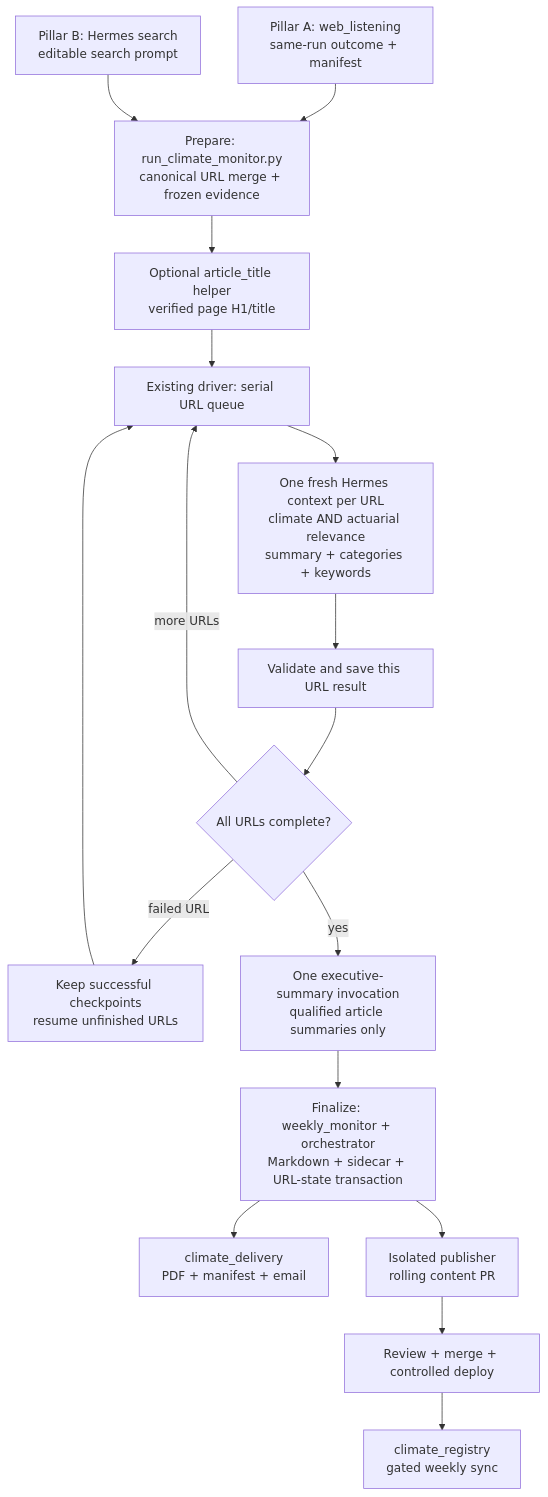
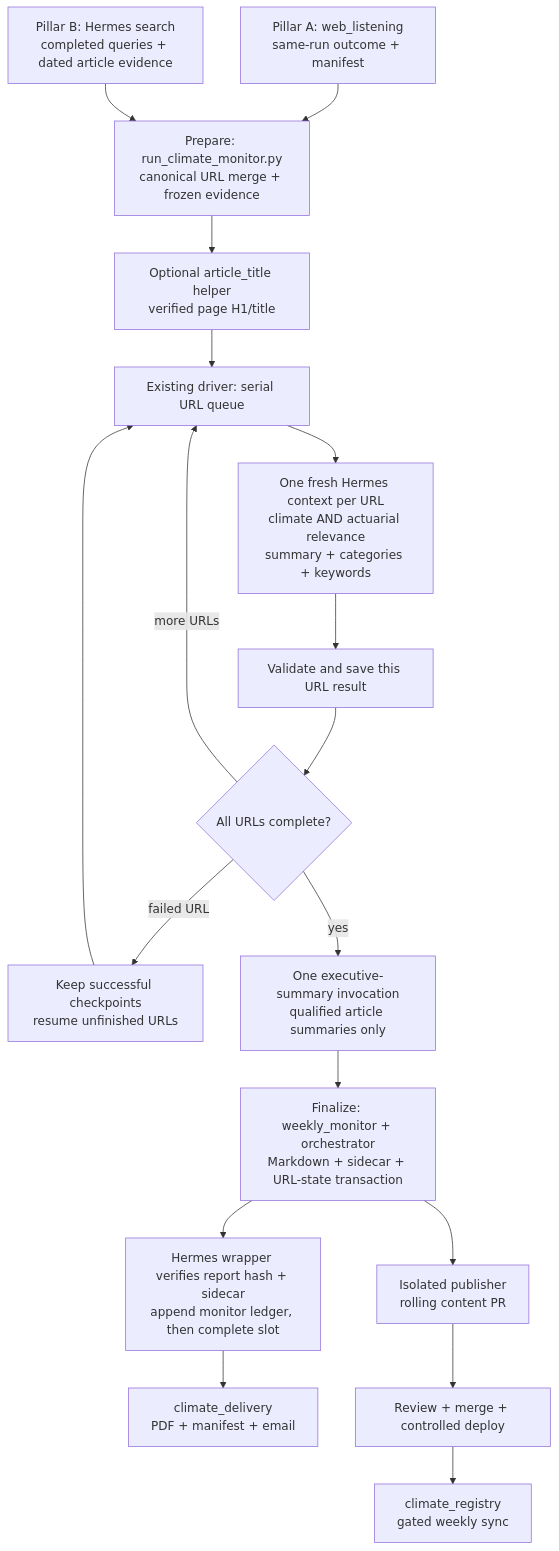
One commit to ferryhe/climate_monitor_wiki changed the diagram in README.md. Above: the diagram before and after it, drawn with Mermaid. The commit also changed other lines of this file and 20 other files, not shown here.

First line of the commit message:
Complete dated discovery and multi-site monitor handoff (#109)

````diff
--- a/README.md
+++ b/README.md
@@ -148,19 +149,20 @@
 ```mermaid
 flowchart TD
     A["Pillar A: web_listening<br/>same-run outcome + manifest"] --> P
-    B["Pillar B: Hermes search<br/>editable search prompt"] --> P
+    B["Pillar B: Hermes search<br/>completed queries + dated article evidence"] --> P
     P["Prepare: run_climate_monitor.py<br/>canonical URL merge + frozen evidence"] --> T
     T["Optional article_title helper<br/>verified page H1/title"] --> Q
     Q["Existing driver: serial URL queue"] --> U
     U["One fresh Hermes context per URL<br/>climate AND actuarial relevance<br/>summary + categories + keywords"] --> V
     V["Validate and save this URL result"] --> N{"All URLs complete?"}
     N -->|more URLs| Q
     N -->|failed URL| R["Keep successful checkpoints<br/>resume unfinished URLs"]
     R --> Q
     N -->|yes| E["One executive-summary invocation<br/>qualified article summaries only"]
     E --> F["Finalize: weekly_monitor + orchestrator<br/>Markdown + sidecar + URL-state transaction"]
-    F --> D["climate_delivery<br/>PDF + manifest + email"]
+    F --> L["Hermes wrapper verifies report hash + sidecar<br/>append monitor ledger, then complete slot"]
+    L --> D["climate_delivery<br/>PDF + manifest + email"]
     F --> W["Isolated publisher<br/>rolling content PR"]
     W --> M["Review + merge + controlled deploy"]
     M --> G["climate_registry<br/>gated weekly sync"]
 ```
````
